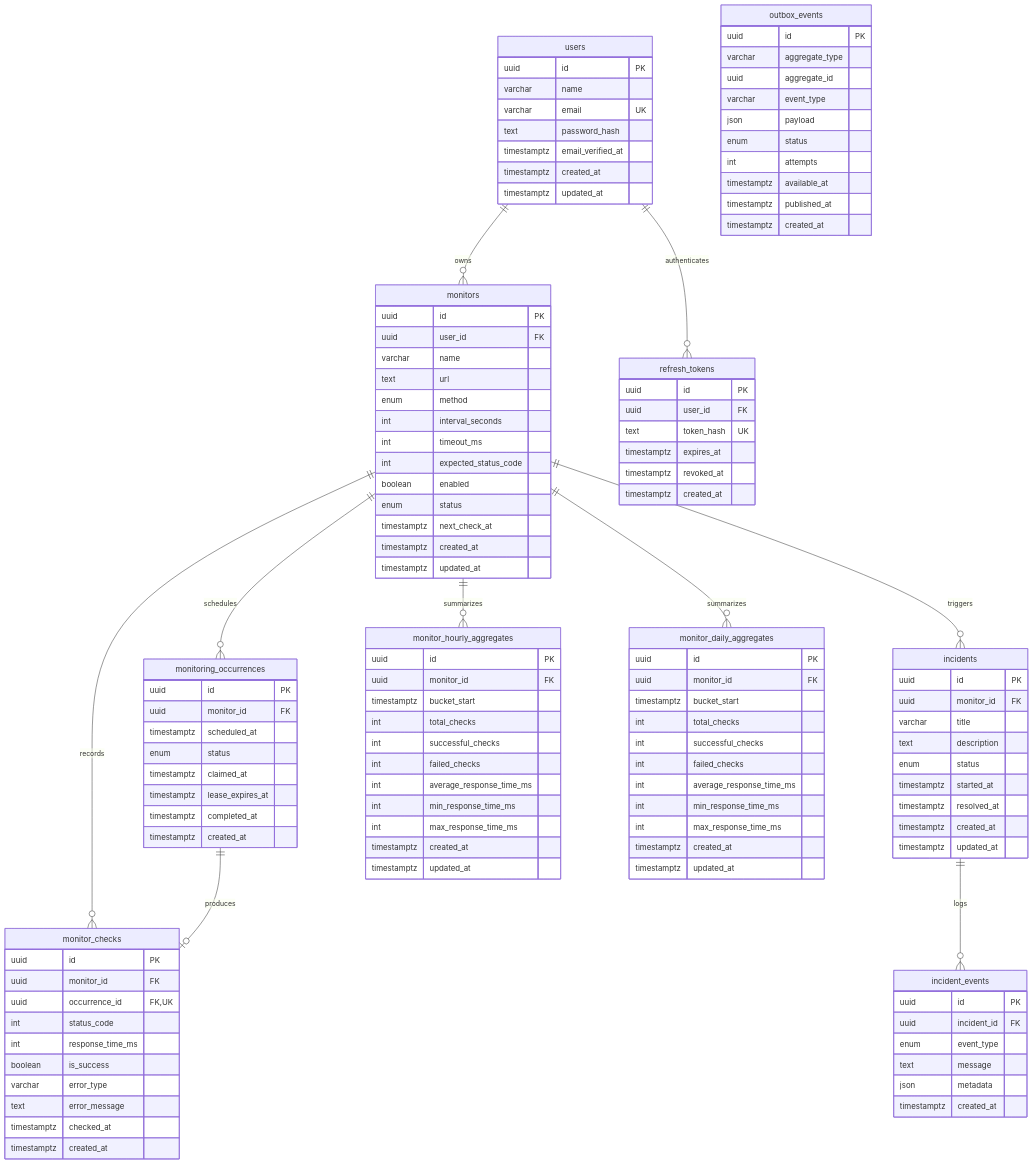
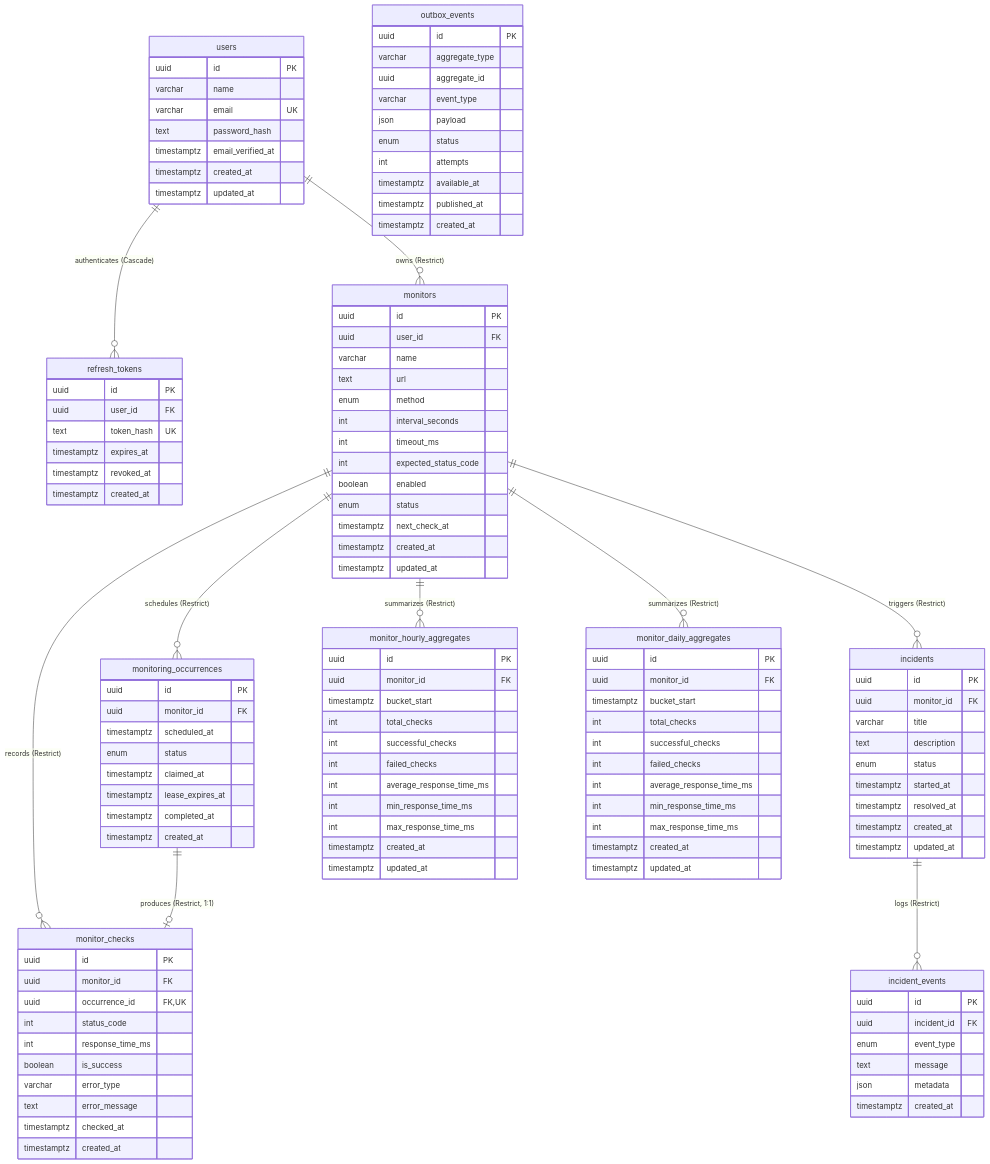
One commit to alokprasad573/PulseWatch changed the diagram in docs/DATABASE.md. Above: the diagram before and after it, drawn with Mermaid. The commit also changed other lines of this file and 3 other files, not shown here.

````diff
--- a/docs/DATABASE.md
+++ b/docs/DATABASE.md
@@ -29,17 +30,17 @@
 ```mermaid
 erDiagram
-    users ||--o{ monitors : "owns"
-    users ||--o{ refresh_tokens : "authenticates"
+    users ||--o{ refresh_tokens : "authenticates (Cascade)"
+    users ||--o{ monitors : "owns (Restrict)"
 
-    monitors ||--o{ monitoring_occurrences : "schedules"
-    monitors ||--o{ monitor_checks : "records"
-    monitoring_occurrences ||--o| monitor_checks : "produces"
+    monitors ||--o{ monitoring_occurrences : "schedules (Restrict)"
+    monitors ||--o{ monitor_checks : "records (Restrict)"
+    monitoring_occurrences ||--o| monitor_checks : "produces (Restrict, 1:1)"
 
-    monitors ||--o{ incidents : "triggers"
-    incidents ||--o{ incident_events : "logs"
+    monitors ||--o{ incidents : "triggers (Restrict)"
+    incidents ||--o{ incident_events : "logs (Restrict)"
 
-    monitors ||--o{ monitor_hourly_aggregates : "summarizes"
-    monitors ||--o{ monitor_daily_aggregates : "summarizes"
+    monitors ||--o{ monitor_hourly_aggregates : "summarizes (Restrict)"
+    monitors ||--o{ monitor_daily_aggregates : "summarizes (Restrict)"
 
     outbox_events {
         uuid id PK
````
